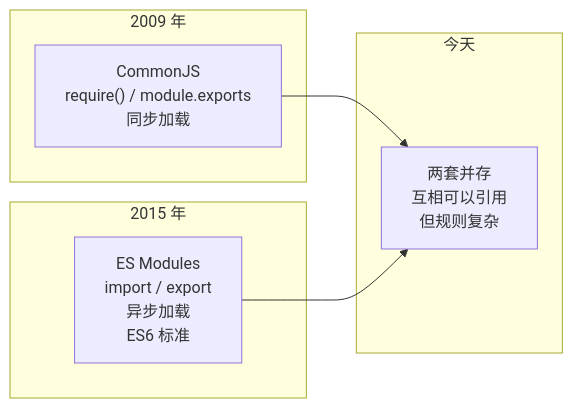
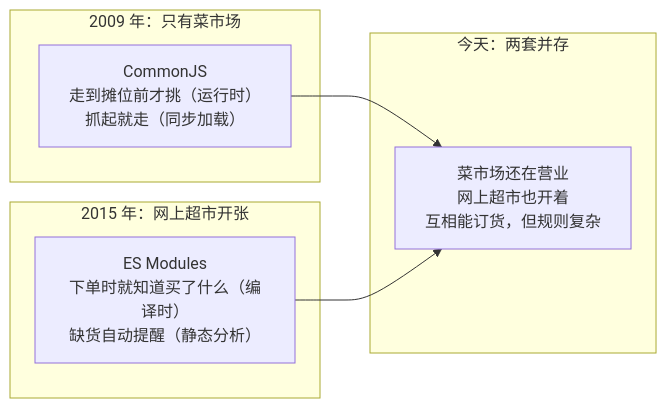
One commit to qknow-0/blog changed the first of 2 diagrams in languages/nodejs/esm-cjs-modules.md. Above: the diagram before and after it, drawn with Mermaid. The commit also changed other lines of this file, not shown here.

````diff
--- a/languages/nodejs/esm-cjs-modules.md
+++ b/languages/nodejs/esm-cjs-modules.md
@@ -20,14 +19,14 @@
 ```mermaid
 flowchart LR
-    subgraph 2009["2009 年"]
-        CJS["CommonJS<br/>require() / module.exports<br/>同步加载"]
+    subgraph 2009["2009 年：只有菜市场"]
+        CJS["CommonJS<br/>走到摊位前才挑（运行时）<br/>抓起就走（同步加载）"]
     end
-    subgraph 2015["2015 年"]
-        ESM["ES Modules<br/>import / export<br/>异步加载<br/>ES6 标准"]
+    subgraph 2015["2015 年：网上超市开张"]
+        ESM["ES Modules<br/>下单时就知道买了什么（编译时）<br/>缺货自动提醒（静态分析）"]
     end
-    subgraph 今天["今天"]
-        BOTH["两套并存<br/>互相可以引用<br/>但规则复杂"]
+    subgraph 今天["今天：两套并存"]
+        BOTH["菜市场还在营业<br/>网上超市也开着<br/>互相能订货，但规则复杂"]
     end
     CJS --> BOTH
     ESM --> BOTH
 ```
````
